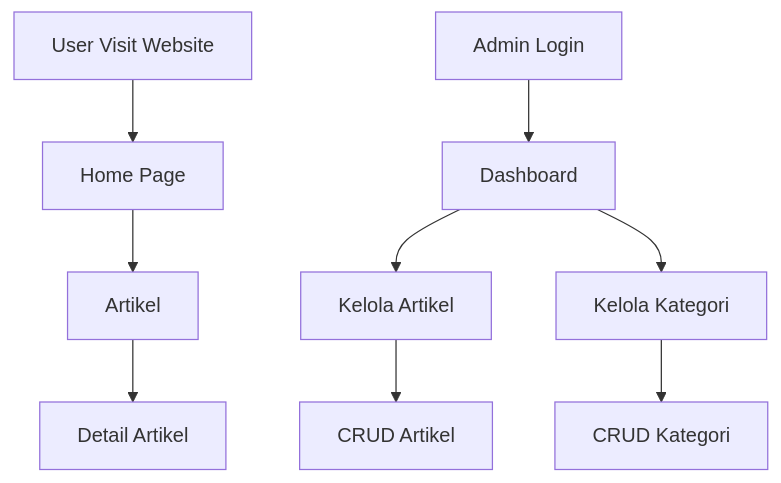
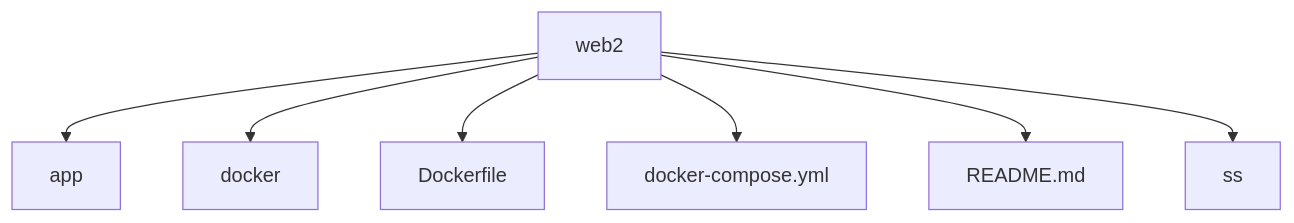
The tenth of 10 diagrams in README.md (dnrprsty/Web2_Praktikum), drawn with Mermaid before and after one commit. The commit also changed other lines of this file, not shown here.

````diff
--- a/README.md
+++ b/README.md
@@ -216,13 +470,9 @@
 ```mermaid
 flowchart TD
-    A[User Visit Website] --> B[Home Page]
-    B --> C[Artikel]
-    C --> D[Detail Artikel]
-
-    E[Admin Login] --> F[Dashboard]
-    F --> G[Kelola Artikel]
-    F --> H[Kelola Kategori]
-
-    G --> I[CRUD Artikel]
-    H --> J[CRUD Kategori]
+    A[web2] --> B[app]
+    A --> C[docker]
+    A --> D[Dockerfile]
+    A --> E[docker-compose.yml]
+    A --> F[README.md]
+    A --> G[ss]
 ```
````
